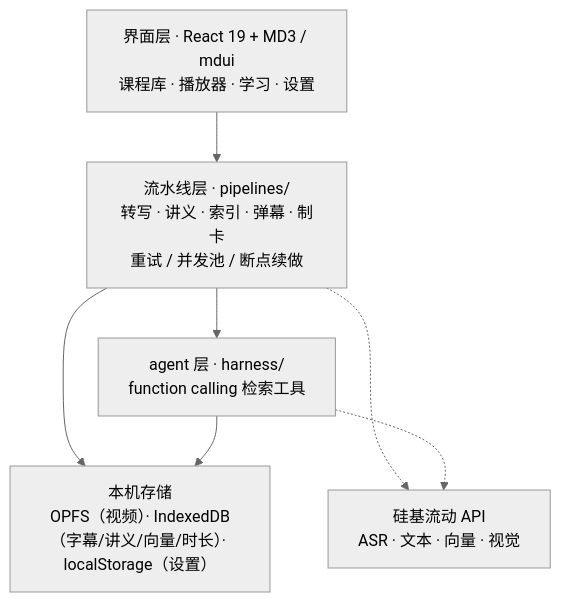
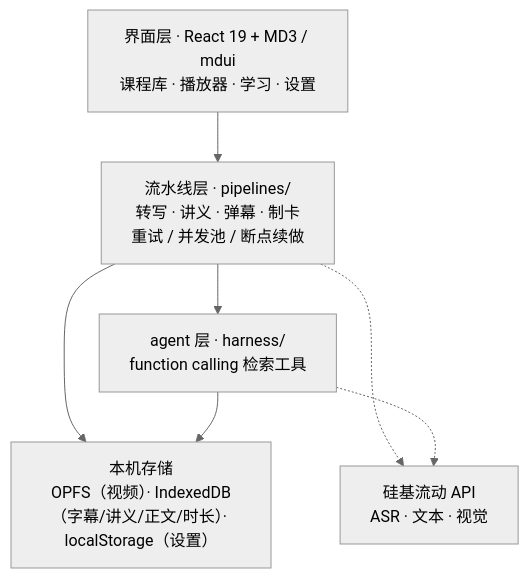
The second of 2 diagrams in README.md (BA7MLV/wangke-agent), drawn with Mermaid (neutral theme) before and after one commit. The commit also changed other lines of this file and 69 other files, not shown here.

````diff
--- a/README.md
+++ b/README.md
@@ -58,13 +58,13 @@
 ```mermaid
 flowchart TB
     UI["界面层 · React 19 + MD3 / mdui<br/>课程库 · 播放器 · 学习 · 设置"]
-    PIPE["流水线层 · pipelines/<br/>转写 · 讲义 · 索引 · 弹幕 · 制卡<br/>重试 / 并发池 / 断点续做"]
+    PIPE["流水线层 · pipelines/<br/>转写 · 讲义 · 弹幕 · 制卡<br/>重试 / 并发池 / 断点续做"]
     AGENT["agent 层 · harness/<br/>function calling 检索工具"]
-    STORE["本机存储<br/>OPFS（视频）· IndexedDB（字幕/讲义/向量/时长）· localStorage（设置）"]
-    API["硅基流动 API<br/>ASR · 文本 · 向量 · 视觉"]
+    STORE["本机存储<br/>OPFS（视频）· IndexedDB（字幕/讲义/正文/时长）· localStorage（设置）"]
+    API["硅基流动 API<br/>ASR · 文本 · 视觉"]
     UI --> PIPE --> AGENT
     PIPE --> STORE
     AGENT --> STORE
     PIPE -.-> API
     AGENT -.-> API
 ```
````
